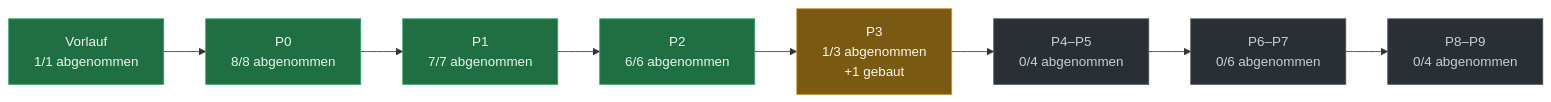
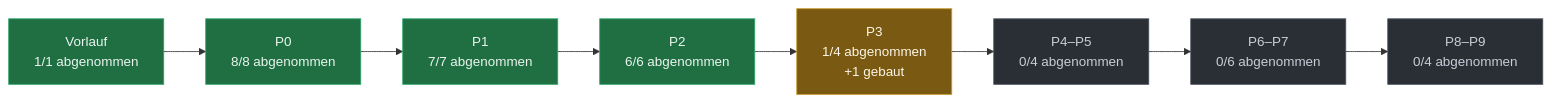
One commit to evenacadia-tech/Nakama changed the diagram in docs/PLAN-STAND.md. Above: the diagram before and after it, drawn with Mermaid. The commit also changed other lines of this file, not shown here.

````diff
--- a/docs/PLAN-STAND.md
+++ b/docs/PLAN-STAND.md
@@ -35,21 +35,21 @@
 ```mermaid
 flowchart LR
   P0["Vorlauf<br/>1/1 abgenommen"]:::fertig
   P1["P0<br/>8/8 abgenommen"]:::fertig
   P0 --> P1
   P2["P1<br/>7/7 abgenommen"]:::fertig
   P1 --> P2
   P3["P2<br/>6/6 abgenommen"]:::fertig
   P2 --> P3
-  P4["P3<br/>1/3 abgenommen<br/>+1 gebaut"]:::laeuft
+  P4["P3<br/>1/4 abgenommen<br/>+1 gebaut"]:::laeuft
   P3 --> P4
   P5["P4–P5<br/>0/4 abgenommen"]:::offen
   P4 --> P5
   P6["P6–P7<br/>0/6 abgenommen"]:::offen
   P5 --> P6
   P7["P8–P9<br/>0/4 abgenommen"]:::offen
   P6 --> P7
   classDef fertig fill:#1f6f43,stroke:#2ea36a,color:#eaf6ef
   classDef laeuft fill:#7a5a12,stroke:#c99a2e,color:#fdf6e6
   classDef offen  fill:#2a2f36,stroke:#4a525c,color:#c7ced8
 ```
````
